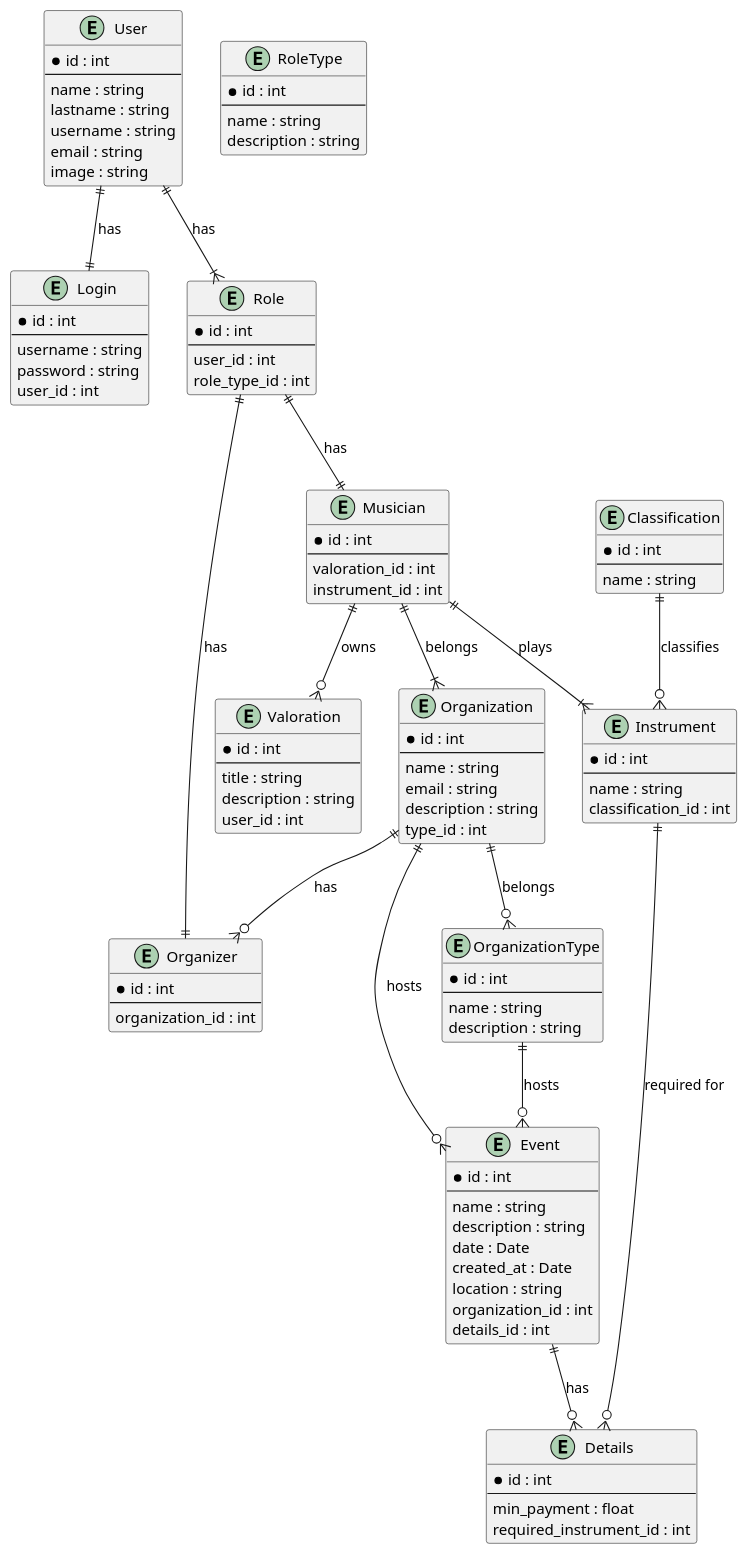
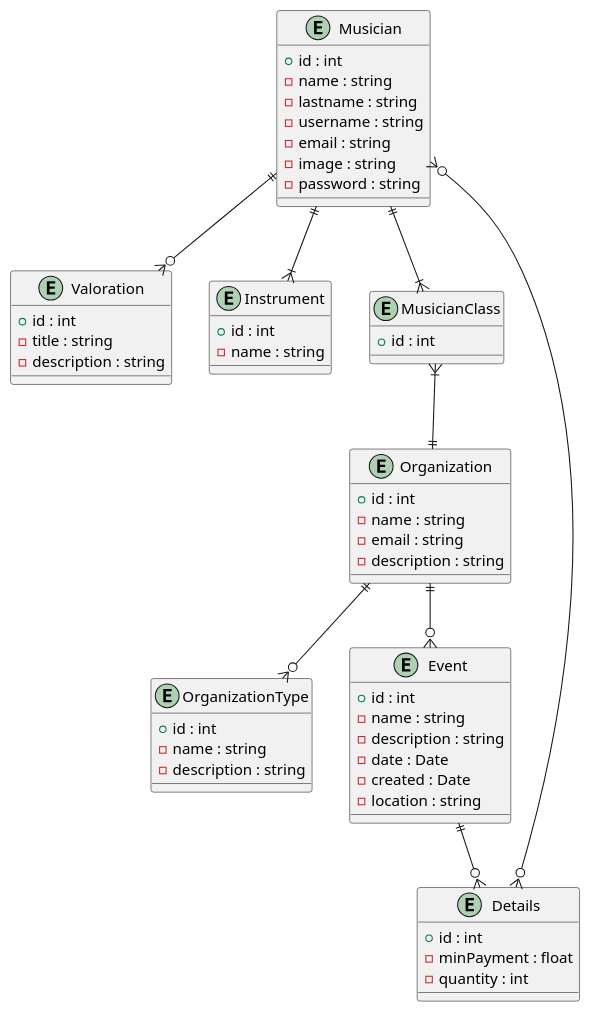
Before and after one commit to Josep02/BandBridge: the diagram in docs/diagrama ER.puml, drawn with PlantUML. The commit also changed 2 other files, not shown here.

Commit message:
Diagrams updated

```diff
--- a/docs/diagrama ER.puml
+++ b/docs/diagrama ER.puml
@@ -1,118 +1,67 @@
 @startuml
-entity "User" {
-    * id : int
-    --
-    name : string
-    lastname : string
-    username : string
-    email : string
-    image : string
+entity Musician {
+    + id : int
+    - name : string
+    - lastname : string
+    - username : string
+    - email : string
+    - image : string
+    - password : string
 }
 
-entity "Login" {
-    * id : int
-    --
-    username : string
-    password : string
-    user_id : int
+entity Valoration {
+    + id : int
+    - title : string
+    - description : string
 }
 
-entity "Role" {
-    * id : int
-    --
-    user_id : int
-    role_type_id : int
+entity Instrument {
+    + id : int
+    - name : string
 }
 
-entity "RoleType" {
-    * id : int
-    --
-    name : string
-    description : string
+entity MusicianClass {
+    + id : int
 }
 
-entity "Musician" {
-    * id : int
-    --
-    valoration_id : int
-    instrument_id : int
+entity Organization {
+    + id : int
+    - name : string
+    - email : string
+    - description : string
 }
 
-entity "Organizer" {
-    * id : int
-    --
-    organization_id : int
+entity OrganizationType {
+    + id : int
+    - name : string
+    - description : string
 }
 
-entity "Organization" {
-    * id : int
-    --
-    name : string
-    email : string
-    description : string
-    type_id : int
+entity Event {
+    + id : int
+    - name : string
+    - description : string
+    - date : Date
+    - created : Date
+    - location : string
 }
 
-entity "OrganizationType" {
-    * id : int
-    --
-    name : string
-    description : string
+entity Details {
+    + id : int
+    - minPayment : float
+    - quantity : int
 }
 
-entity "Valoration" {
-    * id : int
-    --
-    title : string
-    description : string
-    user_id : int
-}
+Musician ||--o{ Valoration
+Musician ||--|{ Instrument
+Musician ||--|{ MusicianClass
+Musician }o--o{ Details
 
-entity "Event" {
-    * id : int
-    --
-    name : string
-    description : string
-    date : Date
-    created_at : Date
-    location : string
-    organization_id : int
-    details_id : int
-}
+MusicianClass }|--|| Organization
 
-entity "Details" {
-    * id : int
-    --
-    min_payment : float
-    required_instrument_id : int
-}
+Organization ||--o{ OrganizationType
+Organization ||--o{ Event
 
-entity "Classification" {
-    * id : int
-    --
-    name : string
-}
-
-entity "Instrument" {
-    * id : int
-    --
-    name : string
-    classification_id : int
-}
-
-User ||--|| Login : has
-User ||--|{ Role : has
-Role ||--|| Musician : has
-Role ||--|| Organizer : has
-Musician ||--o{ Valoration : owns
-Musician ||--|{ Instrument : plays
-Musician ||--|{ Organization : belongs
-Organization ||--o{ Organizer : has
-Organization ||--o{ Event : hosts
-Organization ||--o{ OrganizationType : belongs
-OrganizationType ||--o{ Event : hosts
-Classification ||--o{ Instrument : classifies
-Event ||--o{ Details : has
-Instrument ||--o{ Details : required for
+Event ||--o{ Details
 
 @enduml
```
